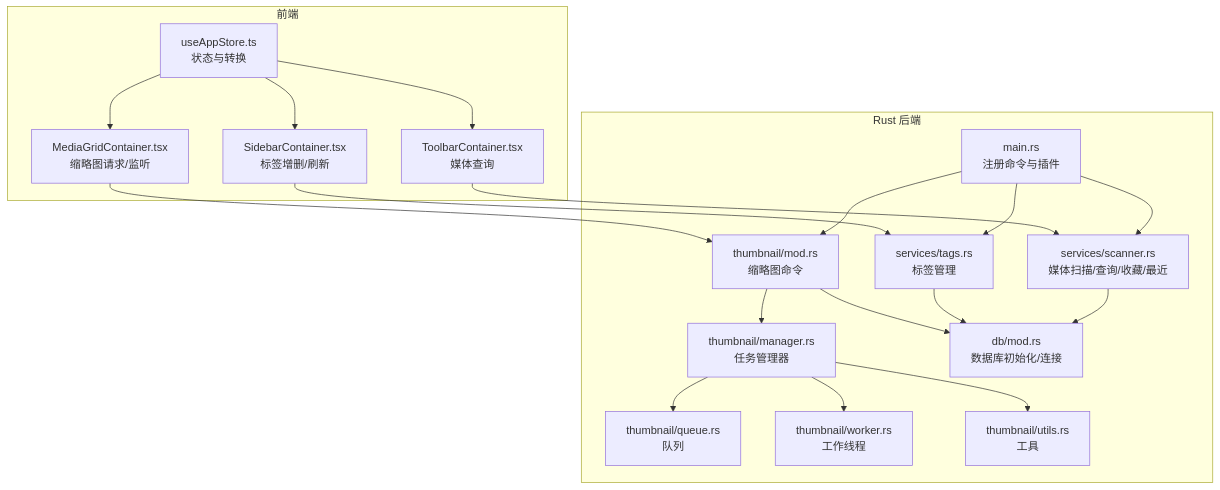
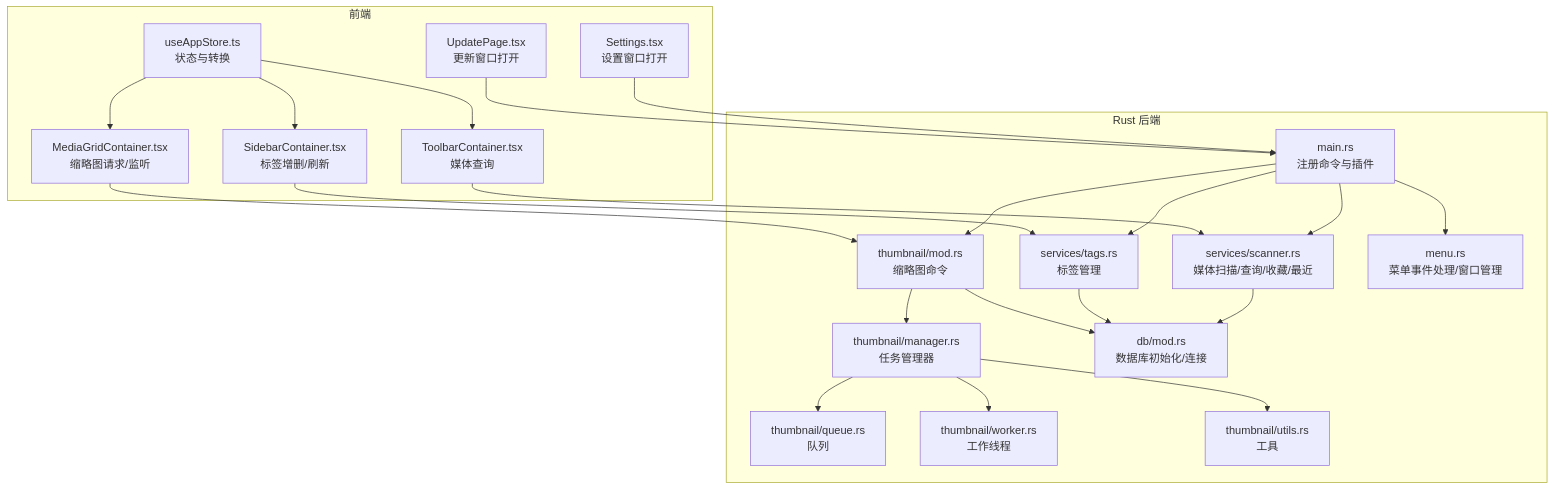
Before and after one commit to YLee9527/Medex: the first of 6 diagrams in doc/repowiki/zh/content/API 接口文档/Tauri 命令接口/Tauri 命令接口.md, drawn with Mermaid. The commit also changed other lines of this file and 31 other files, not shown here.

First line of the commit message:
docs(doc): 添加部署脚本、锁屏功能、发布指南及设置按钮图标文档

````diff
--- a/doc/repowiki/zh/content/API 接口文档/Tauri 命令接口/Tauri 命令接口.md
+++ b/doc/repowiki/zh/content/API 接口文档/Tauri 命令接口/Tauri 命令接口.md
@@ -45,36 +55,42 @@
 ```mermaid
 graph TB
 subgraph "Rust 后端"
 MAIN["main.rs<br/>注册命令与插件"]
 SCANNER["services/scanner.rs<br/>媒体扫描/查询/收藏/最近"]
 TAGS["services/tags.rs<br/>标签管理"]
 THUMB["thumbnail/mod.rs<br/>缩略图命令"]
+MENU["menu.rs<br/>菜单事件处理/窗口管理"]
 THUMB_MGR["thumbnail/manager.rs<br/>任务管理器"]
 THUMB_Q["thumbnail/queue.rs<br/>队列"]
 THUMB_W["thumbnail/worker.rs<br/>工作线程"]
 THUMB_U["thumbnail/utils.rs<br/>工具"]
 DB["db/mod.rs<br/>数据库初始化/连接"]
 end
 subgraph "前端"
 UI_MGC["MediaGridContainer.tsx<br/>缩略图请求/监听"]
 UI_SIDEBAR["SidebarContainer.tsx<br/>标签增删/刷新"]
 UI_TOOLBAR["ToolbarContainer.tsx<br/>媒体查询"]
+UI_SETTINGS["Settings.tsx<br/>设置窗口打开"]
+UI_UPDATE["UpdatePage.tsx<br/>更新窗口打开"]
 STORE["useAppStore.ts<br/>状态与转换"]
 end
 MAIN --> SCANNER
 MAIN --> TAGS
 MAIN --> THUMB
+MAIN --> MENU
 THUMB --> THUMB_MGR
 THUMB_MGR --> THUMB_Q
 THUMB_MGR --> THUMB_W
 THUMB_MGR --> THUMB_U
 SCANNER --> DB
 TAGS --> DB
 THUMB --> DB
 UI_MGC --> THUMB
 UI_SIDEBAR --> TAGS
 UI_TOOLBAR --> SCANNER
+UI_SETTINGS --> MAIN
+UI_UPDATE --> MAIN
 STORE --> UI_MGC
 STORE --> UI_SIDEBAR
 STORE --> UI_TOOLBAR
 ```
````
